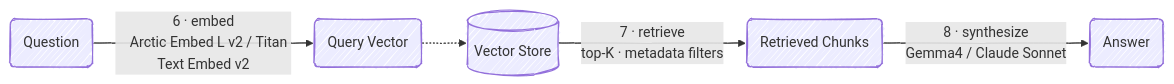
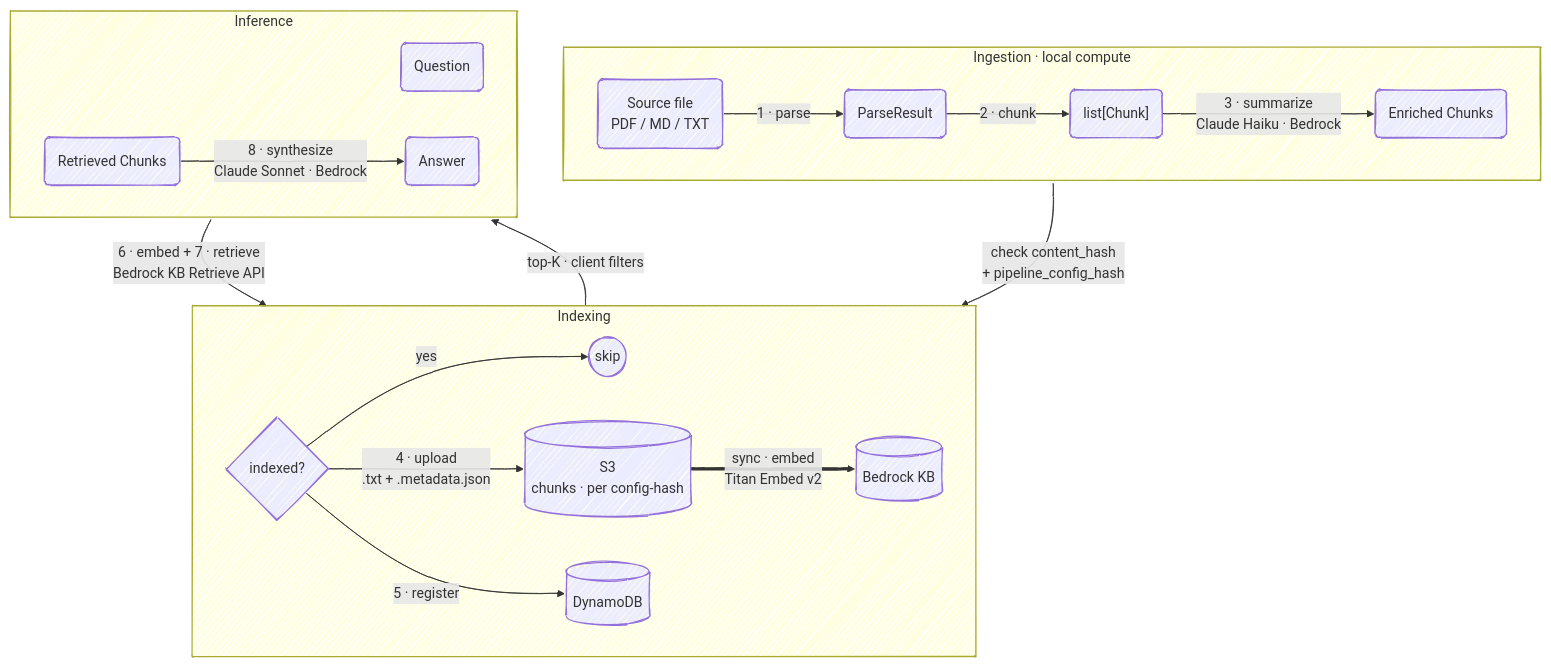
One commit to ryq99/search-anything changed the second of 2 diagrams in README.md. Above: the diagram before and after it, drawn with Mermaid. The commit also changed other lines of this file, not shown here.

Commit message:
Restructure Pipelines into per-backend tabs with side-by-side comparison

````diff
--- a/README.md
+++ b/README.md
@@ -95,17 +106,32 @@
 ```mermaid
 %%{init: {'look': 'handDrawn'}}%%
-flowchart LR
-    Q("Question")
-    QV("Query Vector")
-    VS[("Vector Store")]
-    R("Retrieved Chunks")
-    ANS("Answer")
-
-    Q -- "6 · embed
-    Arctic Embed L v2 / Titan Text Embed v2" --> QV
-    QV -.-> VS
-    VS -- "7 · retrieve
-    top-K · metadata filters" --> R
-    R -- "8 · synthesize
-    Gemma4 / Claude Sonnet" --> ANS
+flowchart TB
+    subgraph ING["Ingestion · local compute"]
+      direction LR
+      A("Source file
+      PDF / MD / TXT") -- "1 · parse" --> B("ParseResult")
+      B -- "2 · chunk" --> C("list[Chunk]")
+      C -- "3 · summarize
+      Claude Haiku · Bedrock" --> D("Enriched Chunks")
+    end
+    subgraph IDXG["Indexing"]
+      direction LR
+      D -- "check content_hash
+      + pipeline_config_hash" --> IDX{"indexed?"}
+      IDX -- "yes" --> SKIP(("skip"))
+      IDX -- "4 · upload
+      .txt + .metadata.json" --> S3[("S3
+      chunks · per config-hash")]
+      S3 == "sync · embed
+      Titan Embed v2" ==> KB[("Bedrock KB")]
+      IDX -- "5 · register" --> DDB[("DynamoDB")]
+    end
+    subgraph INF["Inference"]
+      direction LR
+      Q("Question") -- "6 · embed + 7 · retrieve
+      Bedrock KB Retrieve API" --> KB
+      KB -- "top-K · client filters" --> R("Retrieved Chunks")
+      R -- "8 · synthesize
+      Claude Sonnet · Bedrock" --> ANS("Answer")
+    end
 ```
````
